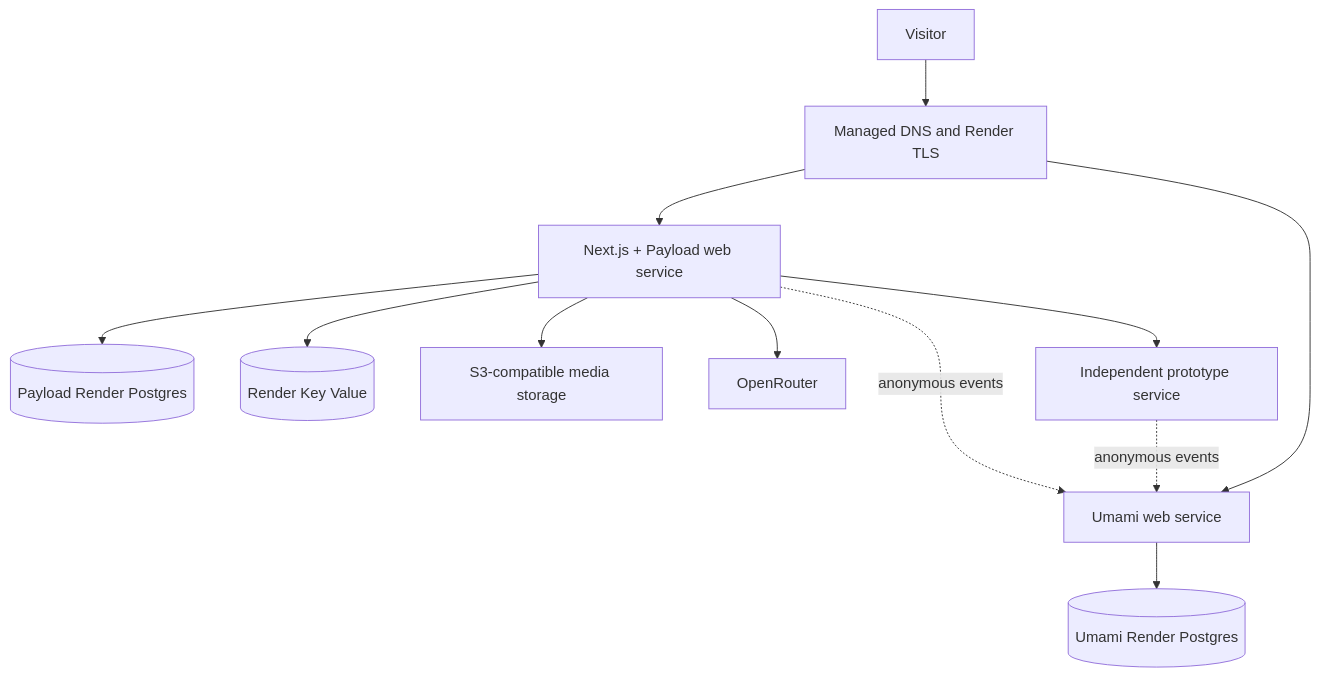
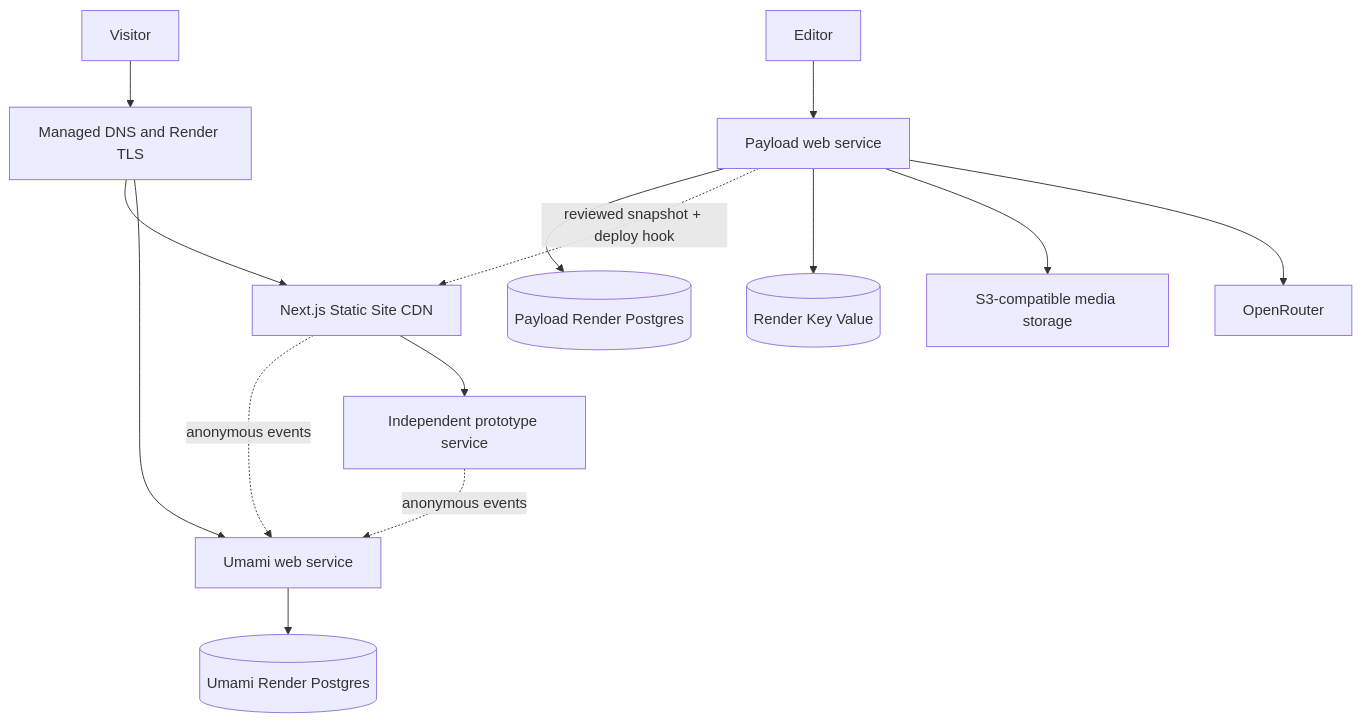
Before and after one commit to saberistic-team/saberistic-v2: the diagram in docs/07-render-deployment-architecture.md, drawn with Mermaid. The commit also changed other lines of this file and 9 other files, not shown here.

Commit message:
feat: deploy public site to Render CDN

````diff
--- a/docs/07-render-deployment-architecture.md
+++ b/docs/07-render-deployment-architecture.md
@@ -17,14 +21,16 @@
 ```mermaid
 flowchart TB
     Visitor[Visitor] --> DNS[Managed DNS and Render TLS]
-    DNS --> Web[Next.js + Payload web service]
+    DNS --> Site[Next.js Static Site CDN]
     DNS --> Umami[Umami web service]
+    Editor[Editor] --> Web[Payload web service]
     Web --> PayloadDB[(Payload Render Postgres)]
+    Web -. reviewed snapshot + deploy hook .-> Site
     Web --> KV[(Render Key Value)]
     Web --> Storage[S3-compatible media storage]
     Web --> OR[OpenRouter]
     Umami --> UmamiDB[(Umami Render Postgres)]
-    Web -. anonymous events .-> Umami
+    Site -. anonymous events .-> Umami
     Prototype[Independent prototype service] -. anonymous events .-> Umami
-    Web --> Prototype
+    Site --> Prototype
 ```
````
